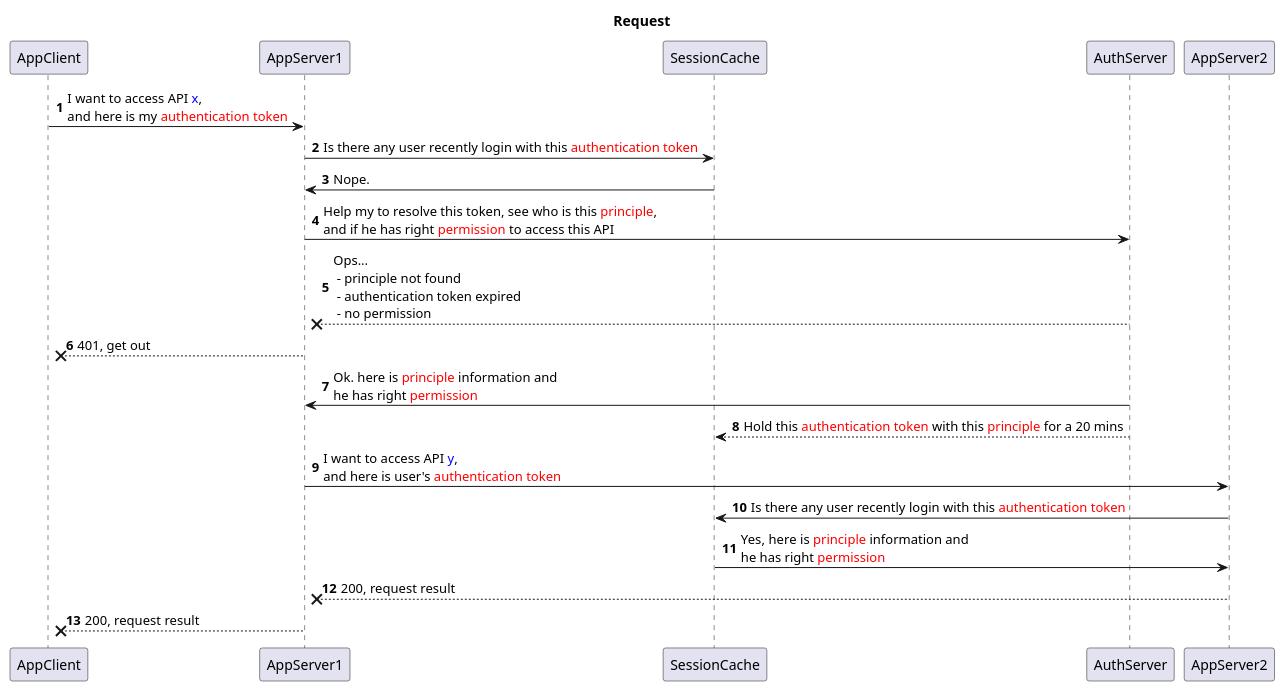
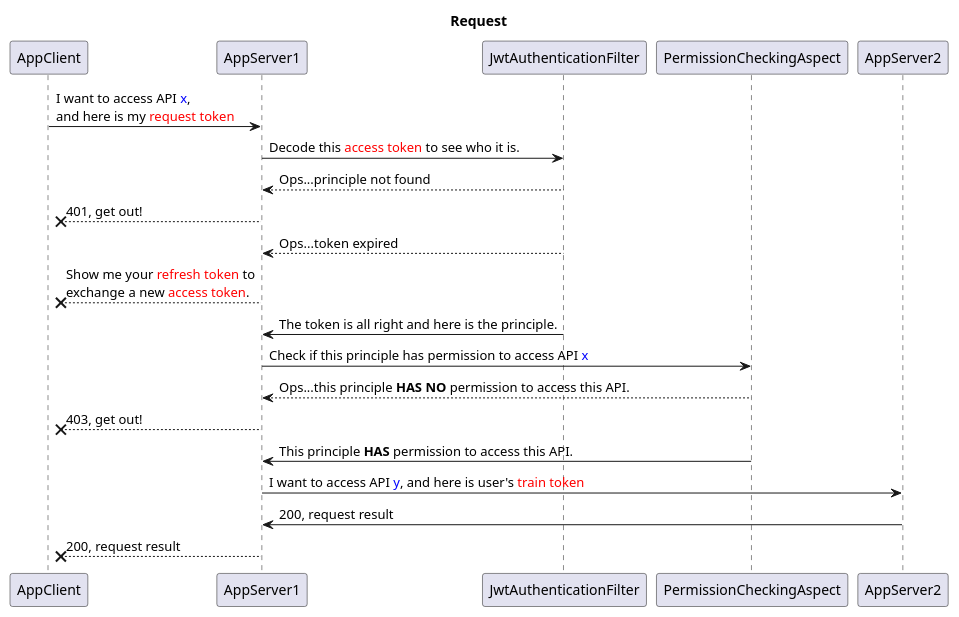
One commit to hank-cp/skr changed the diagram in docs/seq_auth_request.puml. Above: the diagram before and after it, drawn with PlantUML. The commit also changed 10 other files, not shown here.

Commit message:
add login by token

```diff
--- a/docs/seq_auth_request.puml
+++ b/docs/seq_auth_request.puml
@@ -1,18 +1,17 @@
 @startuml
 title Request
-autonumber
-AppClient -> AppServer1: I want to access API <font color=blue>x</font>, \nand here is my <font color=red>authentication token</font>
-AppServer1 -> SessionCache: Is there any user recently login with this <font color=red>authentication token</font>
-SessionCache -> AppServer1: Nope.
-AppServer1 -> AuthServer: Help my to resolve this token, see who is this <font color=red>principle</font>,\nand if he has right <font color=red>permission</font> to access this API
-AuthServer -->x AppServer1: Ops...\n - principle not found\n - authentication token expired\n - no permission
-AppServer1 -->x AppClient: 401, get out
-AuthServer -> AppServer1: Ok. here is <font color=red>principle</font> information and\nhe has right <font color=red>permission</font>
-AuthServer --> SessionCache: Hold this <font color=red>authentication token</font> with this <font color=red>principle</font> for a 20 mins
-AppServer1 -> AppServer2: I want to access API <font color=blue>y</font>, \nand here is user's <font color=red>authentication token</font>
-AppServer2 -> SessionCache: Is there any user recently login with this <font color=red>authentication token</font>
-SessionCache -> AppServer2: Yes, here is <font color=red>principle</font> information and\nhe has right <font color=red>permission</font>
-AppServer2 -->x AppServer1: 200, request result
+AppClient -> AppServer1: I want to access API <font color=blue>x</font>, \nand here is my <font color=red>request token</font>
+AppServer1 -> JwtAuthenticationFilter: Decode this <font color=red>access token</font> to see who it is.
+JwtAuthenticationFilter --> AppServer1: Ops...principle not found
+AppServer1 -->x AppClient: 401, get out!
+JwtAuthenticationFilter --> AppServer1: Ops...token expired
+AppServer1 -->x AppClient: Show me your <font color=red>refresh token</font> to\nexchange a new <font color=red>access token</font>.
+JwtAuthenticationFilter -> AppServer1: The token is all right and here is the principle.
+AppServer1 -> PermissionCheckingAspect: Check if this principle has permission to access API <font color=blue>x</font>
+PermissionCheckingAspect --> AppServer1: Ops...this principle <b>HAS NO</b> permission to access this API.
+AppServer1 -->x AppClient: 403, get out!
+PermissionCheckingAspect -> AppServer1: This principle <b>HAS</b> permission to access this API.
+AppServer1 -> AppServer2: I want to access API <font color=blue>y</font>, and here is user's <font color=red>train token</font>
+AppServer2 -> AppServer1: 200, request result
 AppServer1 -->x AppClient: 200, request result
-
 @enduml
```
